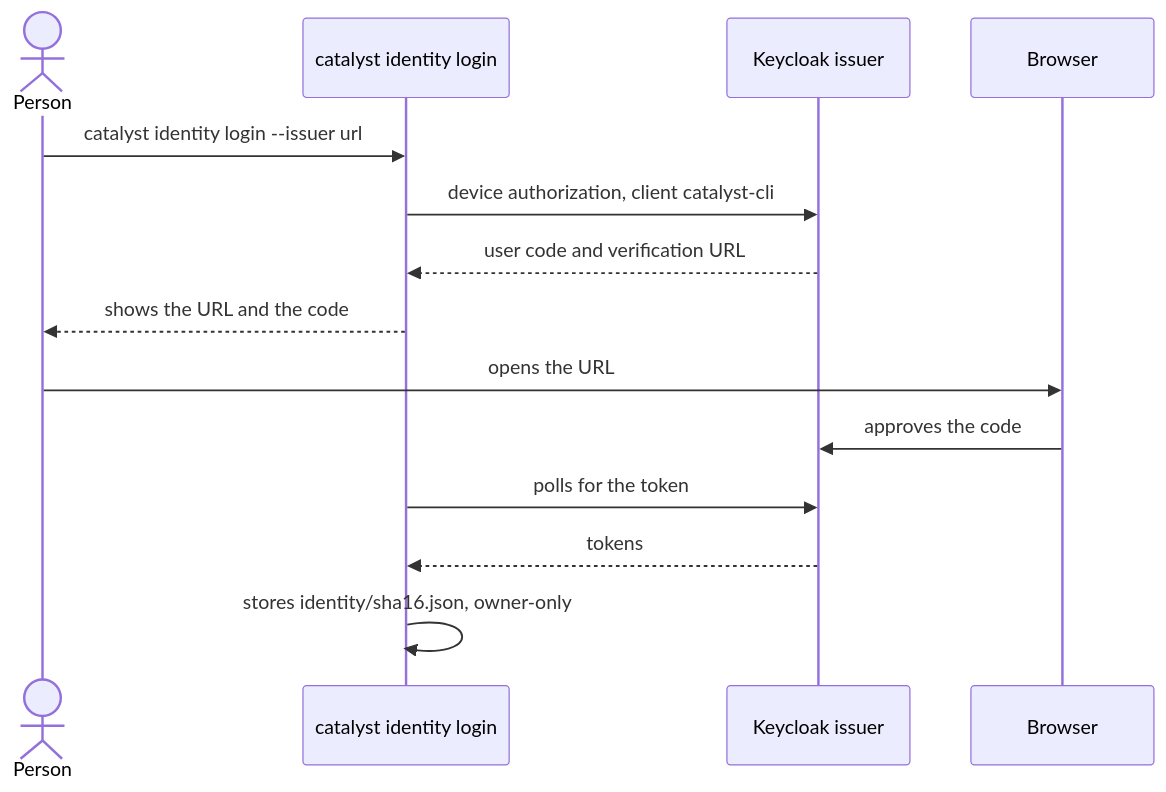
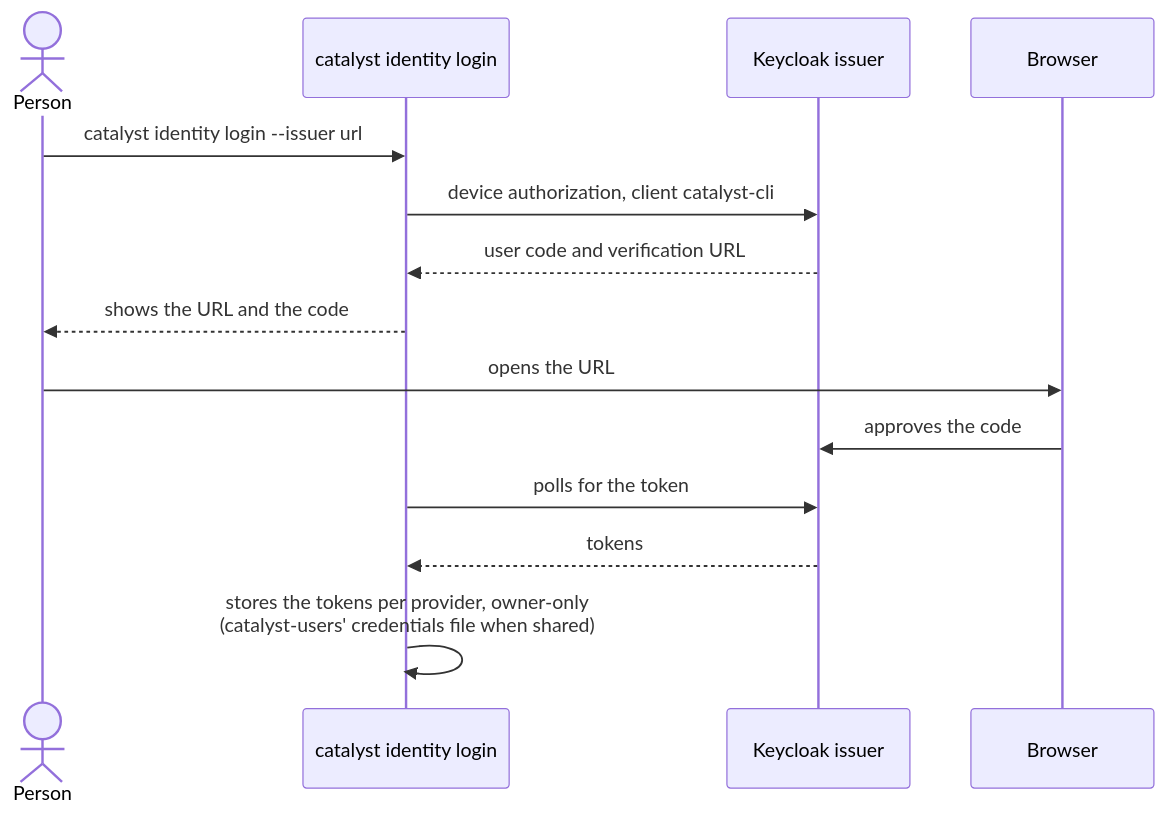
Diagram 13 of 32 in docs/guide/manual/10-architecture-kernel.md (cantica-tech/catalyst-docs), drawn with Mermaid before and after one commit. The commit also changed other lines of this file and 9 other files, not shown here.

````diff
--- a/docs/guide/manual/10-architecture-kernel.md
+++ b/docs/guide/manual/10-architecture-kernel.md
@@ -762,16 +762,16 @@
 ```mermaid
 sequenceDiagram
   actor P as Person
   participant CLI as catalyst identity login
   participant KC as Keycloak issuer
   participant B as Browser
   P->>CLI: catalyst identity login --issuer url
   CLI->>KC: device authorization, client catalyst-cli
   KC-->>CLI: user code and verification URL
   CLI-->>P: shows the URL and the code
   P->>B: opens the URL
   B->>KC: approves the code
   CLI->>KC: polls for the token
   KC-->>CLI: tokens
-  CLI->>CLI: stores identity/sha16.json, owner-only
+  CLI->>CLI: stores the tokens per provider, owner-only<br/>(catalyst-users' credentials file when shared)
 ```
````
